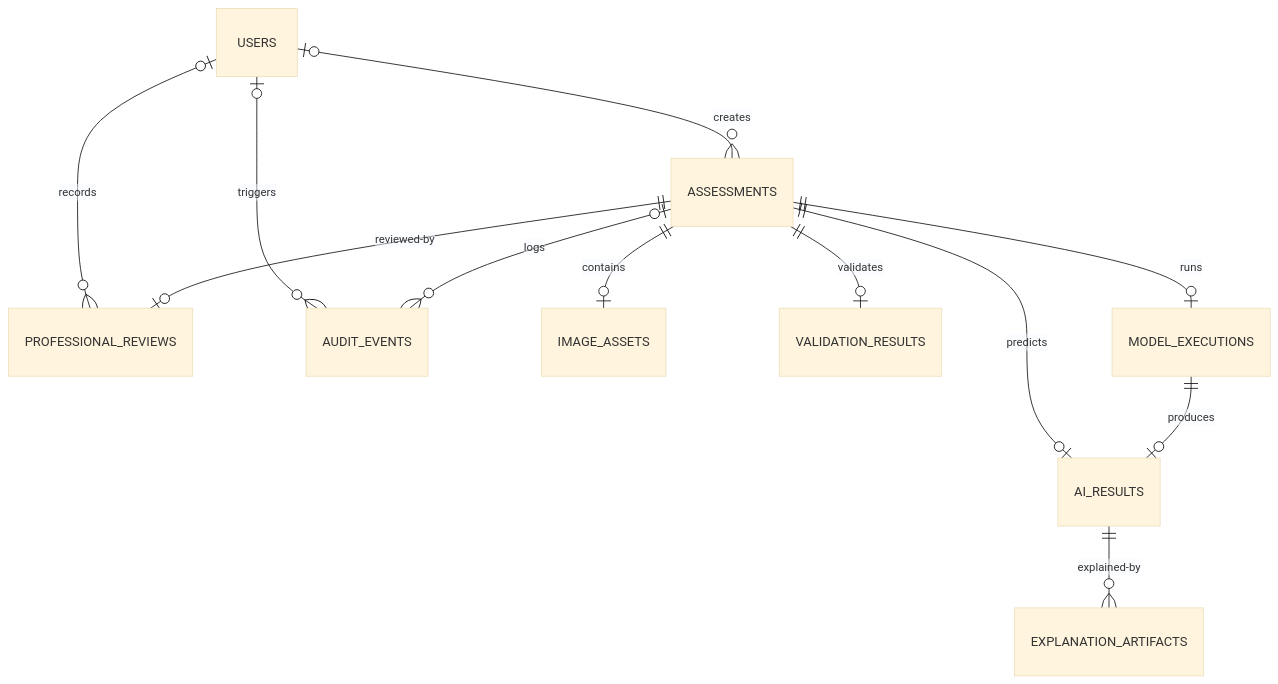
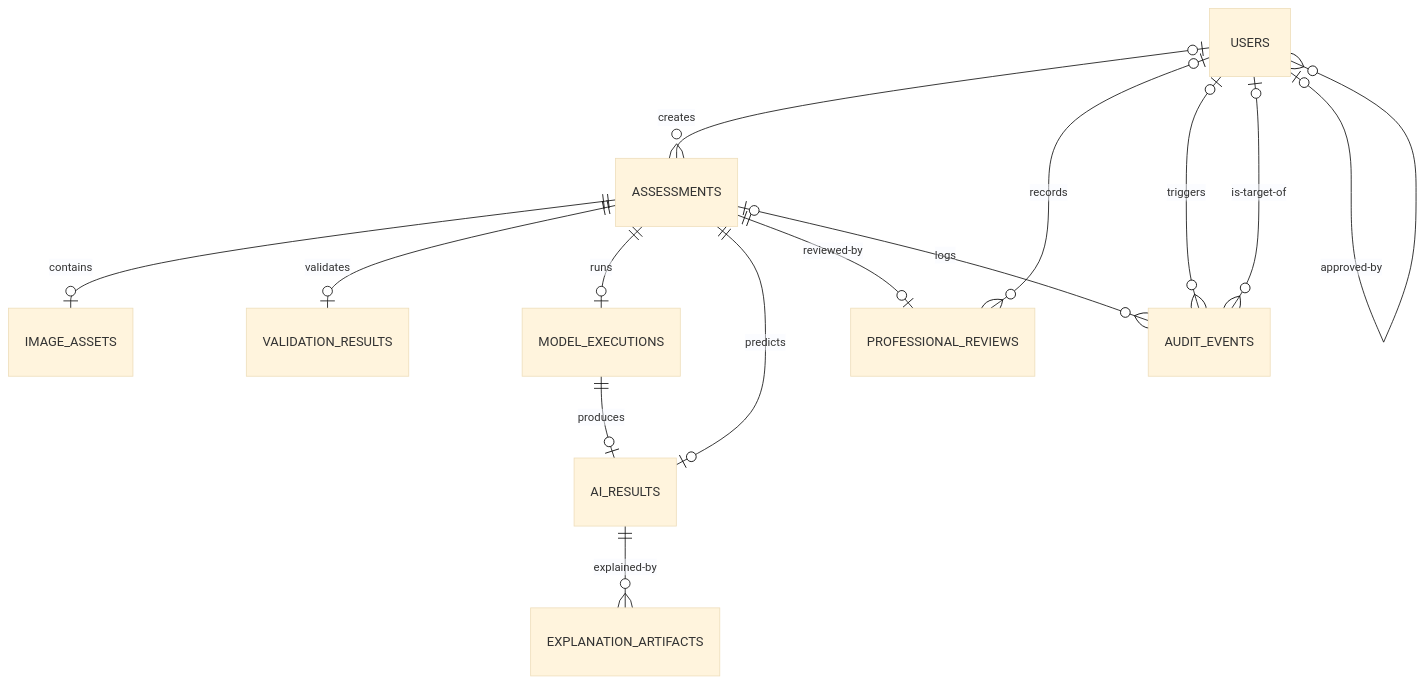
One commit to CloudTechy/diabetic-retinopathy-cdss changed the diagram in docs/chapter4/database_schema.md. Above: the diagram before and after it, drawn with Mermaid (base theme). The commit also changed other lines of this file and 68 other files, not shown here.

````diff
--- a/docs/chapter4/database_schema.md
+++ b/docs/chapter4/database_schema.md
@@ -17,16 +17,19 @@
 ```mermaid
 erDiagram
     USERS |o--o{ ASSESSMENTS : creates
     USERS |o--o{ PROFESSIONAL_REVIEWS : records
     USERS |o--o{ AUDIT_EVENTS : triggers
+    USERS |o--o{ AUDIT_EVENTS : is-target-of
+    USERS |o--o{ USERS : created-by
+    USERS |o--o{ USERS : approved-by
 
     ASSESSMENTS ||--o| IMAGE_ASSETS : contains
     ASSESSMENTS ||--o| VALIDATION_RESULTS : validates
     ASSESSMENTS ||--o| MODEL_EXECUTIONS : runs
     ASSESSMENTS ||--o| AI_RESULTS : predicts
     ASSESSMENTS ||--o| PROFESSIONAL_REVIEWS : reviewed-by
     ASSESSMENTS |o--o{ AUDIT_EVENTS : logs
 
     MODEL_EXECUTIONS ||--o| AI_RESULTS : produces
     AI_RESULTS ||--o{ EXPLANATION_ARTIFACTS : explained-by
 ```
````
